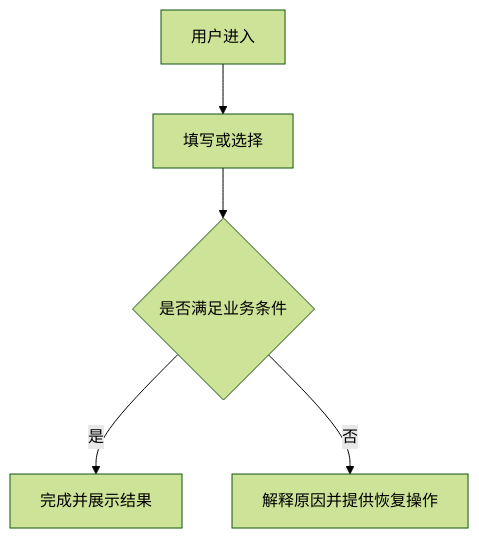
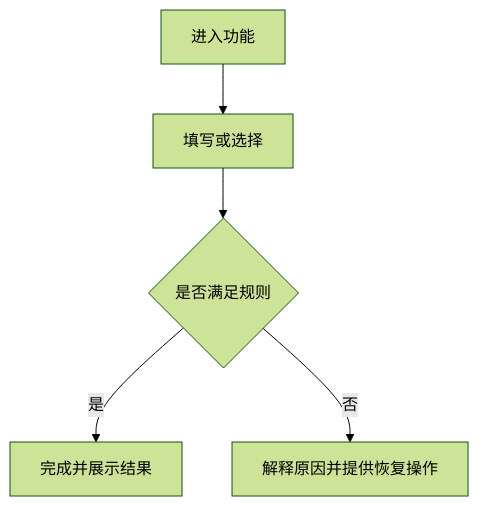
Before and after one commit to zyf3313/fstar-trellis-ext: the second of 2 diagrams in spec/templates/prd.zh-CN.md, drawn with Mermaid (forest theme). The commit also changed other lines of this file and 53 other files, not shown here.

````diff
--- a/spec/templates/prd.zh-CN.md
+++ b/spec/templates/prd.zh-CN.md
@@ -81,7 +69,7 @@
 ```mermaid
 flowchart TD
-    A[用户进入] --> B[填写或选择]
-    B --> C{是否满足业务条件}
+    A[进入功能] --> B[填写或选择]
+    B --> C{是否满足规则}
     C -->|是| D[完成并展示结果]
     C -->|否| E[解释原因并提供恢复操作]
 ```
````
